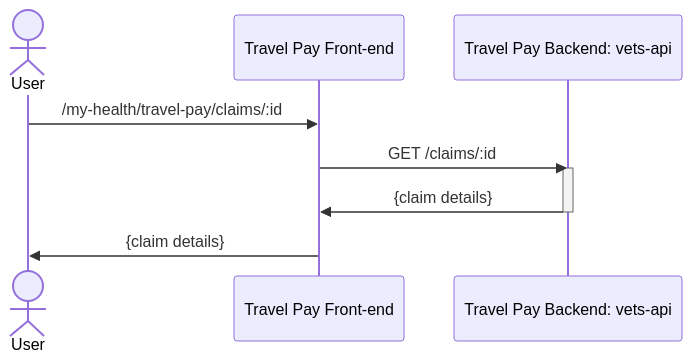
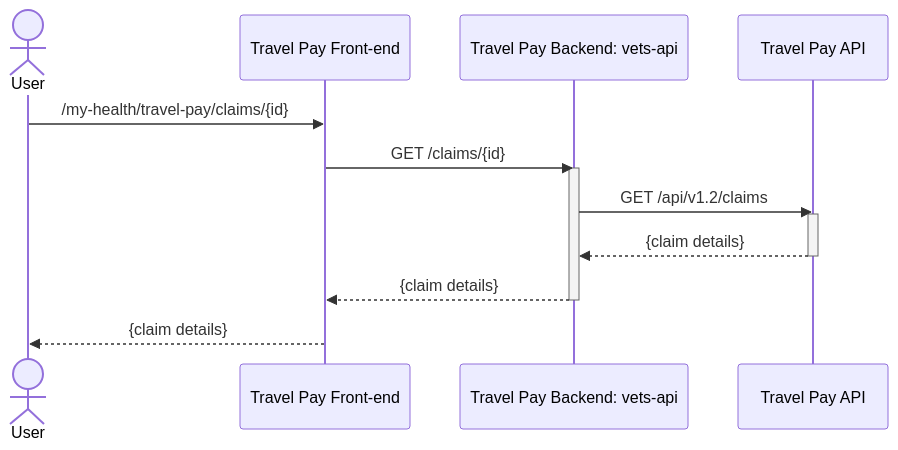
The second of 5 diagrams in products/health-care/beneficiary-travel/engineering/submit-claim/full-sequence-diagram.md (department-of-veterans-affairs/va.gov-team), drawn with Mermaid before and after one commit. The commit also changed other lines of this file, not shown here.

````diff
--- a/products/health-care/beneficiary-travel/engineering/submit-claim/full-sequence-diagram.md
+++ b/products/health-care/beneficiary-travel/engineering/submit-claim/full-sequence-diagram.md
@@ -30,13 +38,20 @@
 ```mermaid
 sequenceDiagram
     actor user as User
     participant tp as Travel Pay Front-end
     participant tpm  as Travel Pay Backend: vets-api
+    participant tpapi as Travel Pay API
 
-    user->>tp: /my-health/travel-pay/claims/:id
-    tp->>tpm: GET /claims/:id
+    user->>tp: /my-health/travel-pay/claims/{id}
+
+    tp->>tpm: GET /claims/{id}
     activate tpm
-    tpm->>tp: {claim details}
+        tpm->>tpapi: GET /api/v1.2/claims
+        activate tpapi
+            tpapi-->>tpm: {claim details}
+        deactivate tpapi
+        tpm-->>tp: {claim details}
     deactivate tpm
-    tp->>user: {claim details}
+
+    tp-->>user: {claim details}
 ```
````
